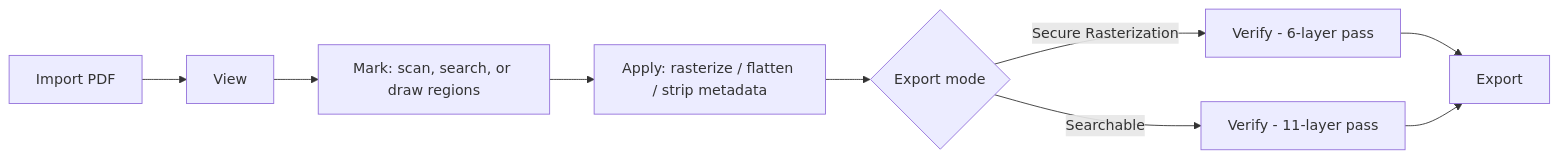
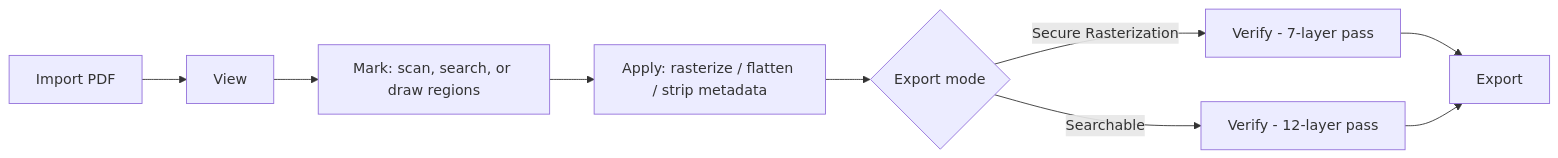
The diagram in README.md (Merlin1A/resecta), drawn with Mermaid before and after one commit. The commit also changed other lines of this file and 3 other files, not shown here.

````diff
--- a/README.md
+++ b/README.md
@@ -47,11 +47,11 @@
 ```mermaid
 flowchart LR
   A[Import PDF] --> B[View]
   B --> C[Mark: scan, search, or draw regions]
   C --> D[Apply: rasterize / flatten / strip metadata]
   D --> E{Export mode}
-  E -->|Secure Rasterization| F[Verify - 6-layer pass]
-  E -->|Searchable| G[Verify - 11-layer pass]
+  E -->|Secure Rasterization| F[Verify - 7-layer pass]
+  E -->|Searchable| G[Verify - 12-layer pass]
   F --> H[Export]
   G --> H[Export]
 ```
````
